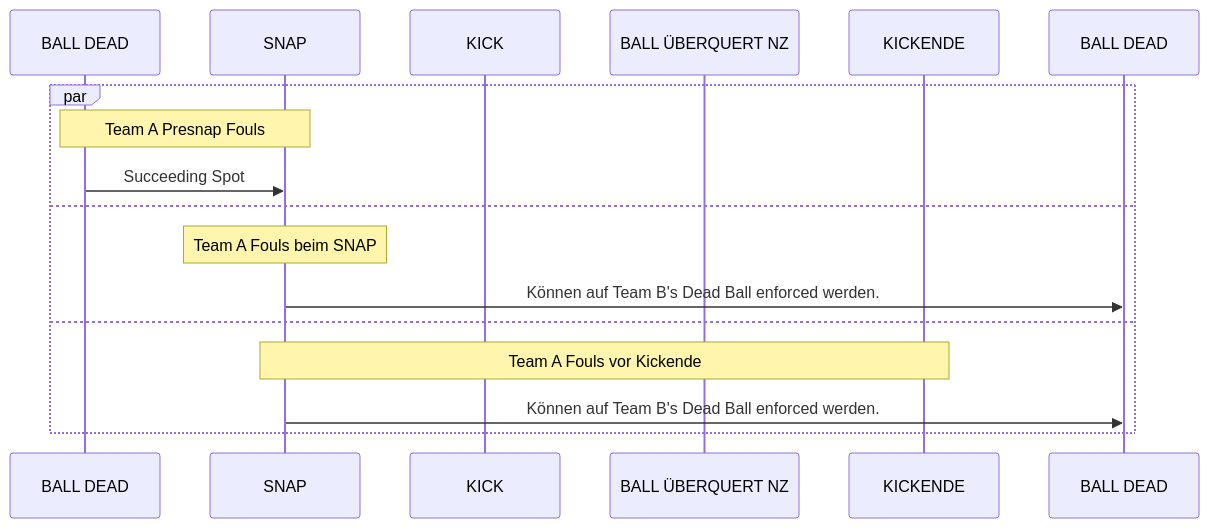
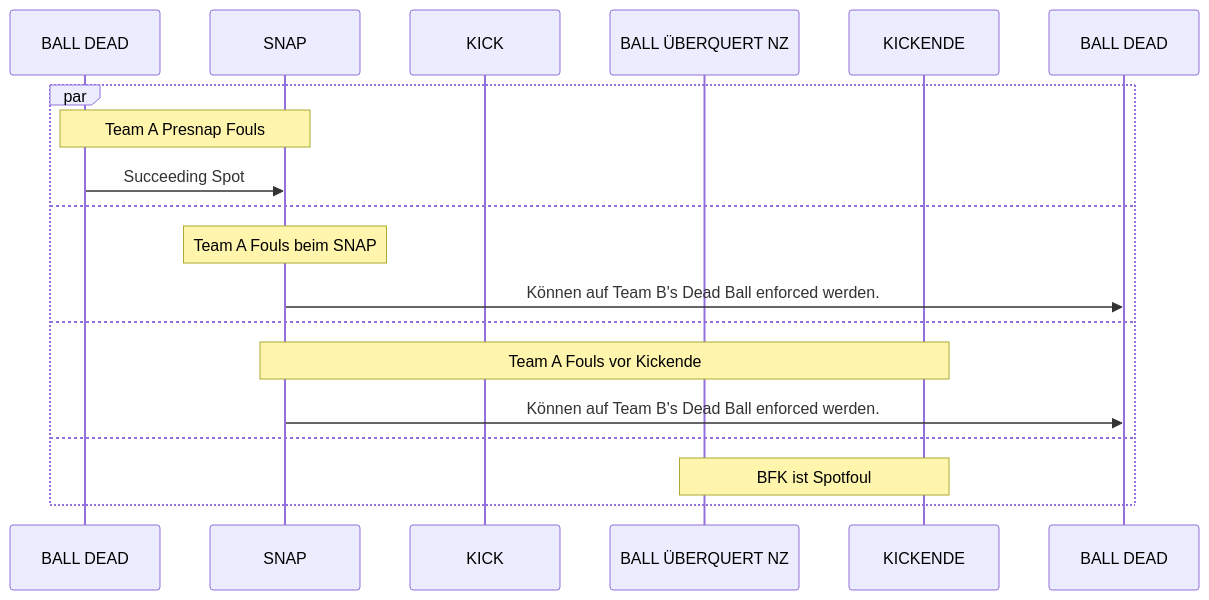
One commit to mschwieger/alizenz changed the fourth of 5 diagrams in docs/scrimmage_kicks.md. Above: the diagram before and after it, drawn with Mermaid. The commit also changed other lines of this file, not shown here.

````diff
--- a/docs/scrimmage_kicks.md
+++ b/docs/scrimmage_kicks.md
@@ -75,19 +75,21 @@
 ``` mermaid
 sequenceDiagram
     participant PREDEAD as BALL DEAD
     participant SNAP
     participant KICK
     participant NZ as BALL ÜBERQUERT NZ
     participant KICKENDE
     participant BALLDEAD as BALL DEAD
     par
     note over PREDEAD,SNAP: Team A Presnap Fouls
     PREDEAD ->> SNAP: Succeeding Spot 
     and
     note over SNAP: Team A Fouls beim SNAP
     SNAP->>BALLDEAD: Können auf Team B's Dead Ball enforced werden.
     and
     note over SNAP,KICKENDE: Team A Fouls vor Kickende
     SNAP->>BALLDEAD: Können auf Team B's Dead Ball enforced werden.
+    and
+    note over NZ,KICKENDE: BFK ist Spotfoul
     end
 ```
````
